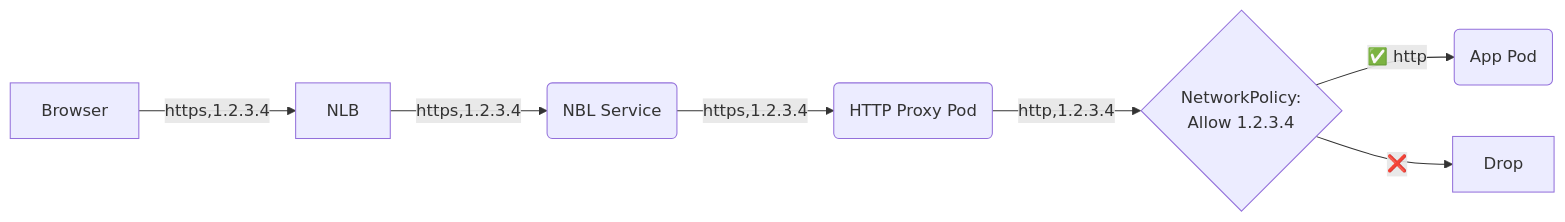
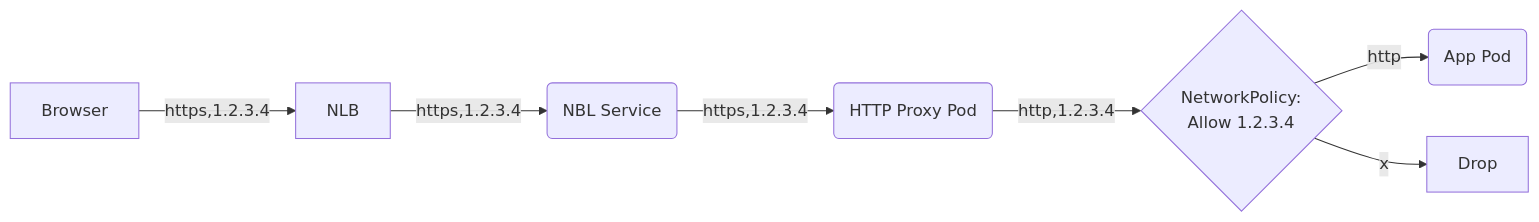
Before and after one commit to spruceki/ibm-openshift-allowlisting: the diagram in doc/overview_nlb.mmd, drawn with Mermaid. The commit also changed 2 other files, not shown here.

```diff
--- a/doc/overview_nlb.mmd
+++ b/doc/overview_nlb.mmd
@@ -1,7 +1,7 @@
 flowchart LR
     A[Browser] -->|https,1.2.3.4| B[NLB]
     B --> |https,1.2.3.4|C(NBL Service)
     C --> |https,1.2.3.4|D(HTTP Proxy Pod)
     D --> |http,1.2.3.4|P{NetworkPolicy: <br />Allow 1.2.3.4}
-    P -->|✅ http|E(App Pod)
-    P --> |❌|F[Drop]
+    P -->|http|E(App Pod)
+    P --> |x|F[Drop]
```
